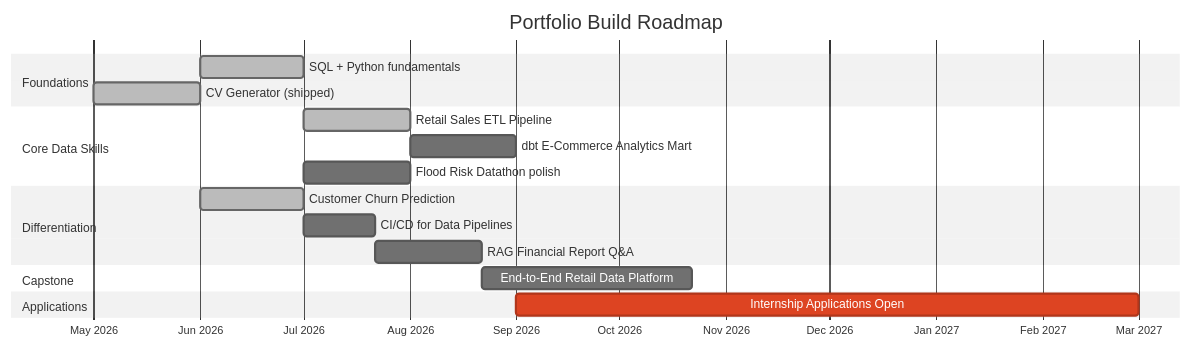
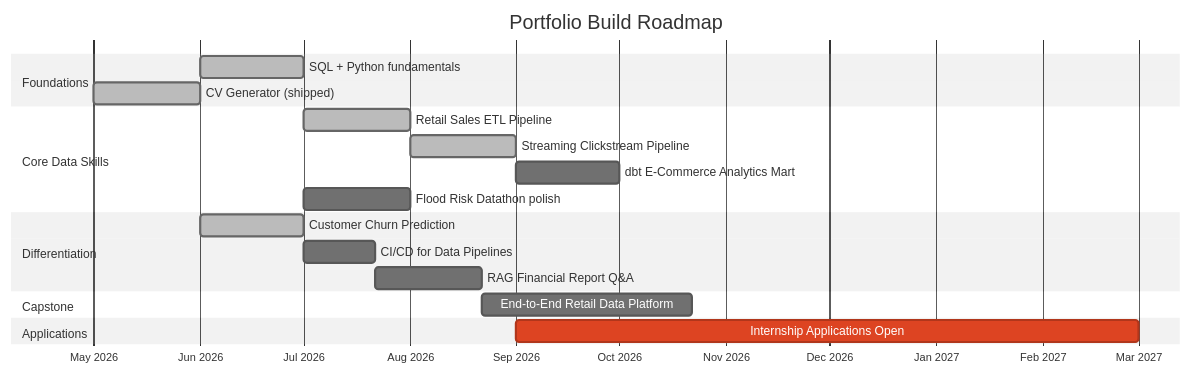
Before and after one commit to suryalionael/Lionael-Surya: the second of 2 diagrams in README.md, drawn with Mermaid (neutral theme). The commit also changed other lines of this file and 2 other files, not shown here.

First line of the commit message:
feat: add streaming clickstream pipeline to portfolio

````diff
--- a/README.md
+++ b/README.md
@@ -221,26 +223,27 @@
 ```mermaid
 gantt
     dateFormat  YYYY-MM
     axisFormat  %b %Y
     title Portfolio Build Roadmap
 
     section Foundations
     SQL + Python fundamentals        :done, f1, 2026-06, 1M
     CV Generator (shipped)           :done, f2, 2026-05, 1M
 
     section Core Data Skills
     Retail Sales ETL Pipeline        :done, d1, 2026-07, 1M
-    dbt E-Commerce Analytics Mart    :d2, after d1, 1M
+    Streaming Clickstream Pipeline   :done, d1s, after d1, 1M
+    dbt E-Commerce Analytics Mart    :d2, after d1s, 1M
     Flood Risk Datathon polish       :d3, 2026-07, 1M
 
     section Differentiation
     Customer Churn Prediction        :done, m1, 2026-06, 1M
     CI/CD for Data Pipelines         :c1, after m1, 3w
     RAG Financial Report Q&A         :a1, after c1, 1M
 
     section Capstone
     End-to-End Retail Data Platform  :cap1, after a1, 2M
 
     section Applications
     Internship Applications Open     :crit, app1, 2026-09, 6M
 ```
````
